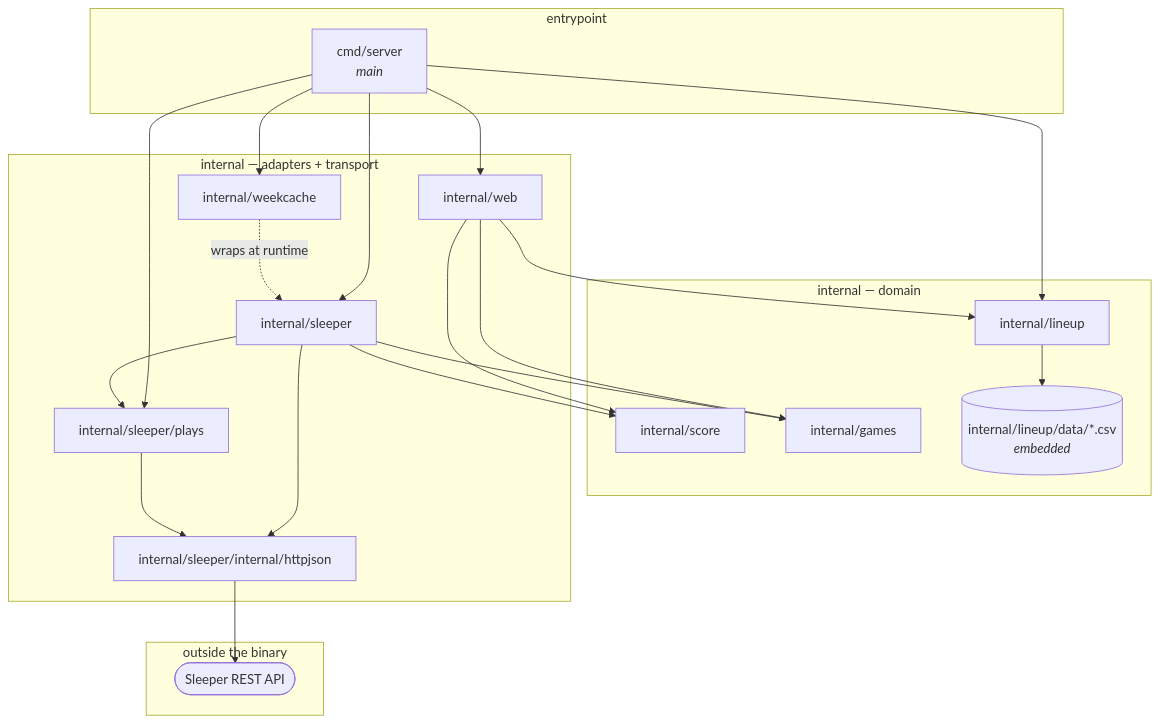
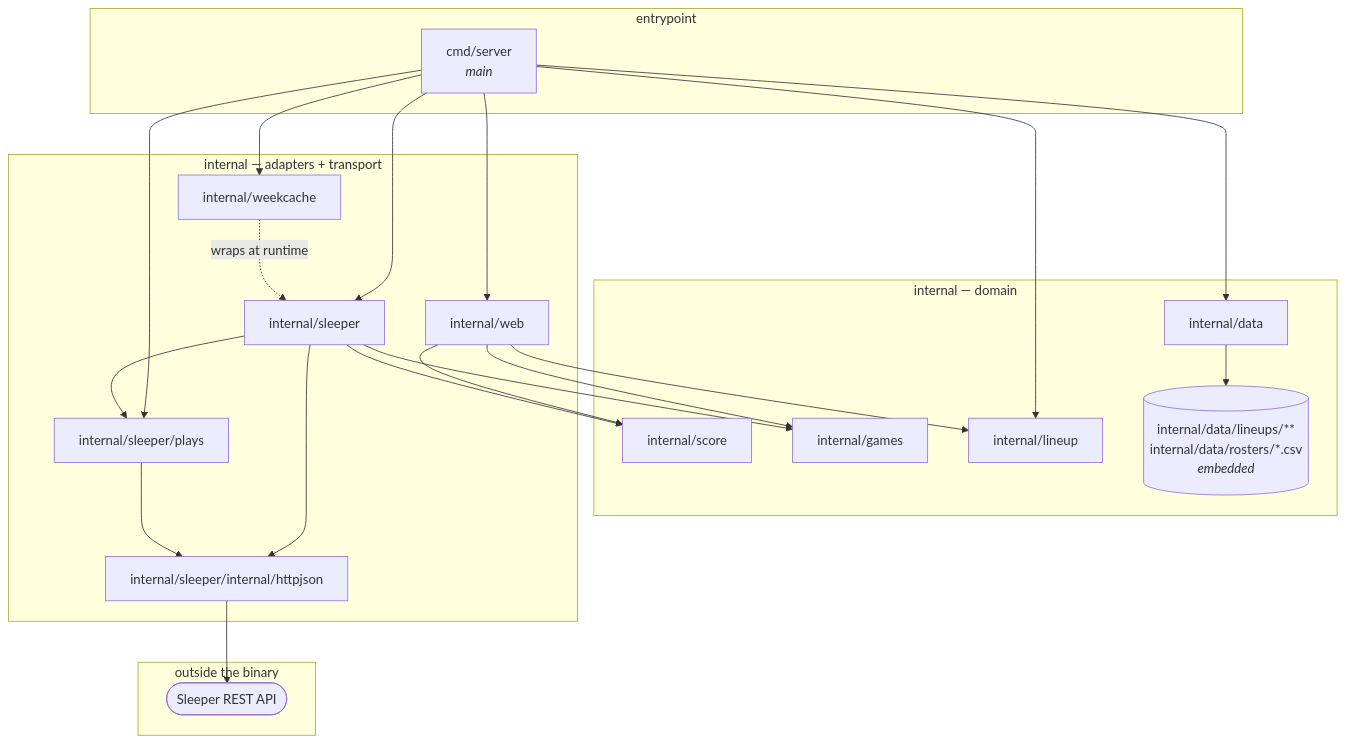
The diagram in docs/package-dependencies.md (eshifrin-606/bojjaes), drawn with Mermaid before and after one commit. The commit also changed other lines of this file and 43 other files, not shown here.

First line of the commit message:
Move embedded league files into internal/data and add team rosters

````diff
--- a/docs/package-dependencies.md
+++ b/docs/package-dependencies.md
@@ -13,39 +13,41 @@
 ```mermaid
 graph TD
     subgraph entry["entrypoint"]
         main["cmd/server<br/><i>main</i>"]
     end
     subgraph domain["internal — domain"]
         score["internal/score"]
         games["internal/games"]
         lineup["internal/lineup"]
-        files[("internal/lineup/data/*.csv<br/><i>embedded</i>")]
+        data["internal/data"]
+        files[("internal/data/lineups/**<br/>internal/data/rosters/*.csv<br/><i>embedded</i>")]
     end
     subgraph adapters["internal — adapters + transport"]
         sleeperpkg["internal/sleeper"]
         plays["internal/sleeper/plays"]
         httpjson["internal/sleeper/internal/httpjson"]
         weekcache["internal/weekcache"]
         web["internal/web"]
     end
     subgraph ext["outside the binary"]
         sleeper(["Sleeper REST API"])
     end
 
     main --> web
     main --> weekcache
     main --> sleeperpkg
     main --> plays
     main --> lineup
+    main --> data
     web --> score
     web --> games
     web --> lineup
     sleeperpkg --> score
     sleeperpkg --> games
     sleeperpkg --> plays
     sleeperpkg --> httpjson
     plays --> httpjson
     httpjson --> sleeper
     weekcache -. wraps at runtime .-> sleeperpkg
-    lineup --> files
+    data --> files
 ```
````
